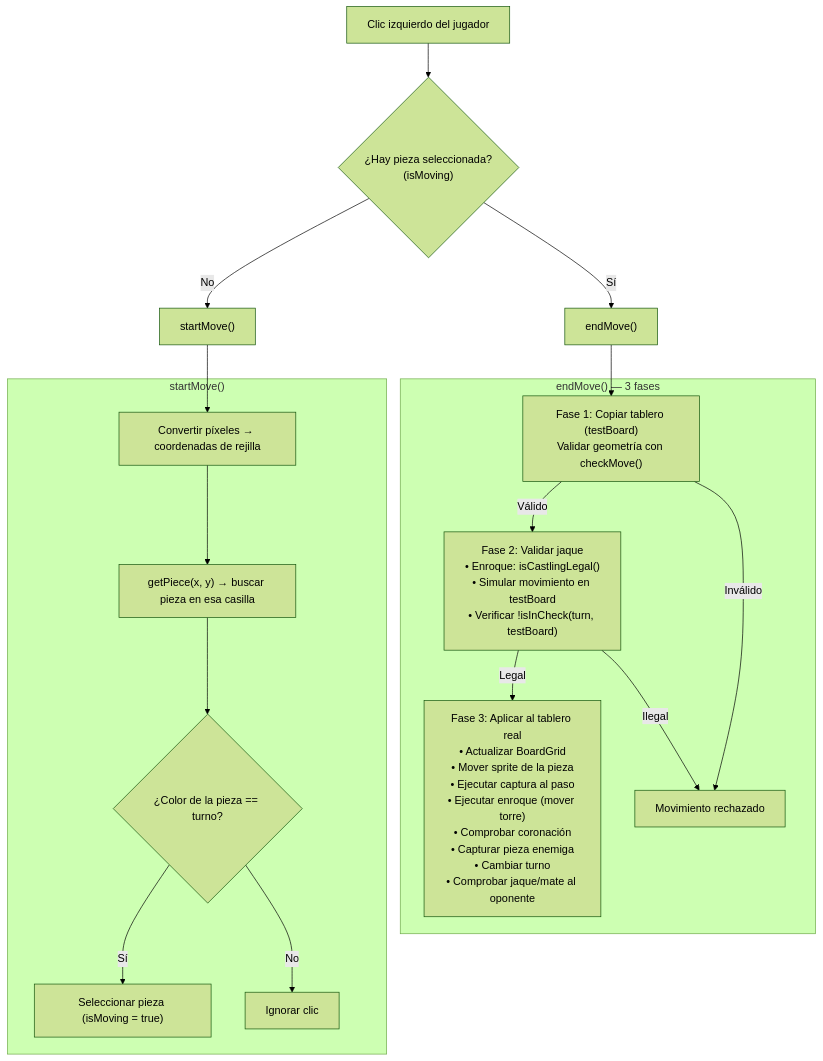
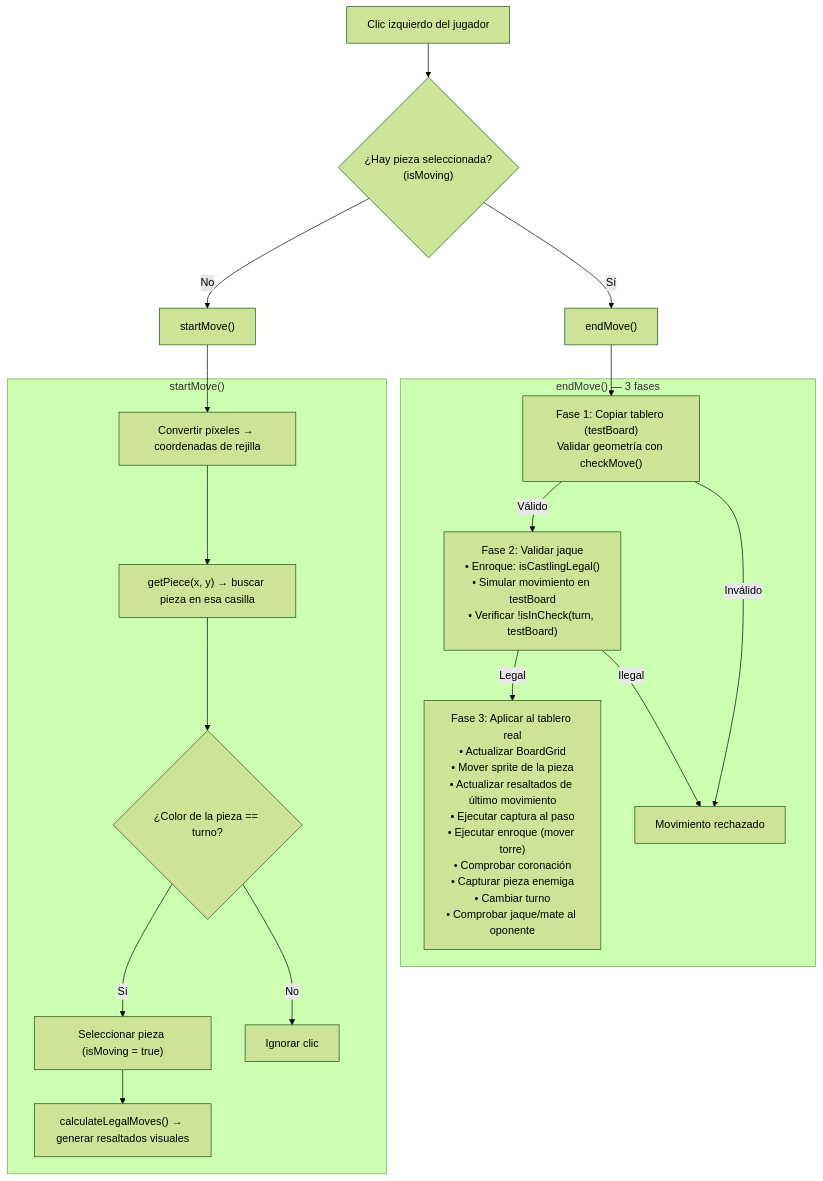
One commit to Escafandra-Projects/SimplyChess changed the third of 3 diagrams in docs/architecture.md. Above: the diagram before and after it, drawn with Mermaid (forest theme). The commit also changed 4 other files, not shown here.

````diff
--- a/docs/architecture.md
+++ b/docs/architecture.md
@@ -379,38 +379,39 @@
 ```mermaid
 flowchart TD
     CLICK["Clic izquierdo del jugador"]
     ISMOVING{"¿Hay pieza seleccionada?<br/>(isMoving)"}
     START["startMove()"]
     ENDMOVE["endMove()"]
 
     CLICK --> ISMOVING
     ISMOVING -->|No| START
     ISMOVING -->|Sí| ENDMOVE
 
     subgraph "startMove()"
         S1["Convertir píxeles → coordenadas de rejilla"]
         S2["getPiece(x, y) → buscar pieza en esa casilla"]
         S3{"¿Color de la pieza == turno?"}
         S4["Seleccionar pieza (isMoving = true)"]
+        S4B["calculateLegalMoves() → generar resaltados visuales"]
         S5["Ignorar clic"]
 
         S1 --> S2 --> S3
-        S3 -->|Sí| S4
+        S3 -->|Sí| S4 --> S4B
         S3 -->|No| S5
     end
 
     subgraph "endMove() — 3 fases"
         E1["Fase 1: Copiar tablero (testBoard)<br/>Validar geometría con checkMove()"]
         E2["Fase 2: Validar jaque<br/>• Enroque: isCastlingLegal()<br/>• Simular movimiento en testBoard<br/>• Verificar !isInCheck(turn, testBoard)"]
-        E3["Fase 3: Aplicar al tablero real<br/>• Actualizar BoardGrid<br/>• Mover sprite de la pieza<br/>• Ejecutar captura al paso<br/>• Ejecutar enroque (mover torre)<br/>• Comprobar coronación<br/>• Capturar pieza enemiga<br/>• Cambiar turno<br/>• Comprobar jaque/mate al oponente"]
+        E3["Fase 3: Aplicar al tablero real<br/>• Actualizar BoardGrid<br/>• Mover sprite de la pieza<br/>• Actualizar resaltados de último movimiento<br/>• Ejecutar captura al paso<br/>• Ejecutar enroque (mover torre)<br/>• Comprobar coronación<br/>• Capturar pieza enemiga<br/>• Cambiar turno<br/>• Comprobar jaque/mate al oponente"]
         INVALID["Movimiento rechazado"]
 
         E1 -->|Válido| E2
         E1 -->|Inválido| INVALID
         E2 -->|Legal| E3
         E2 -->|Ilegal| INVALID
     end
 
     START --> S1
     ENDMOVE --> E1
 ```
````
